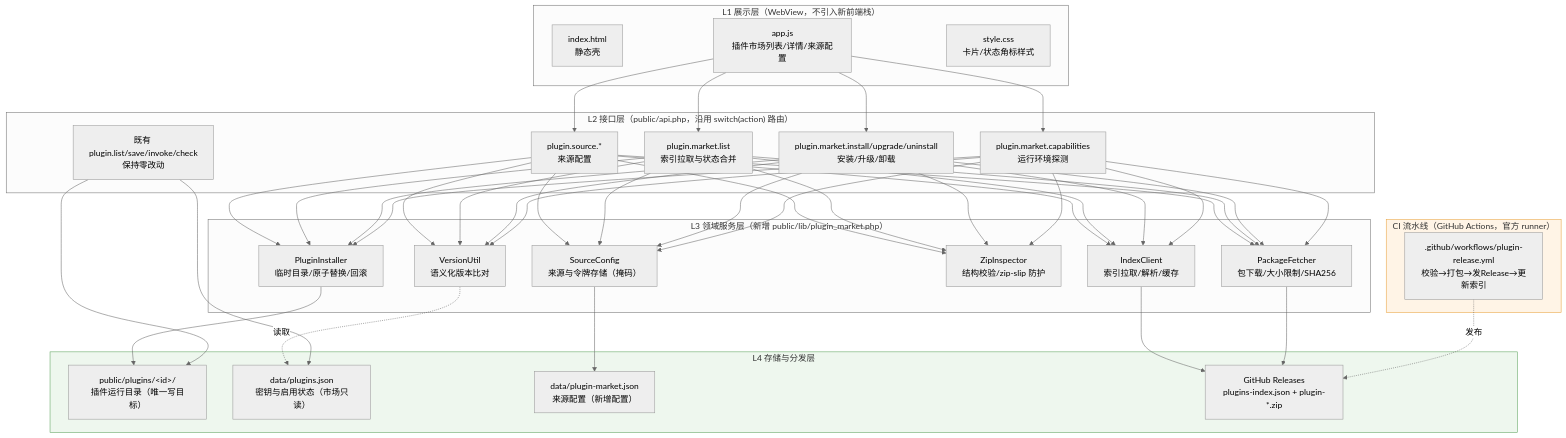
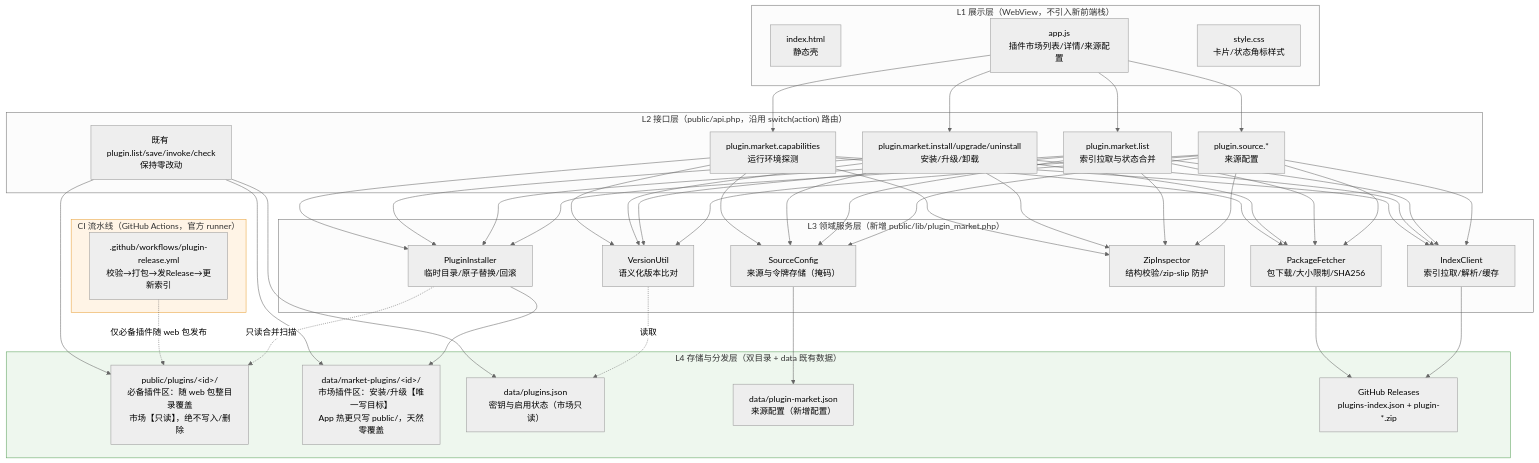
The first of 8 diagrams in docs/插件市场-架构设计.md (c1as/baogong-system), drawn with Mermaid (neutral theme) before and after one commit. The commit also changed other lines of this file, not shown here.

Commit message:
docs/v1.1: 双目录策略（必备 public/plugins + 市场 data/market-plugins），U1 定案

````diff
--- a/docs/插件市场-架构设计.md
+++ b/docs/插件市场-架构设计.md
@@ -30,48 +33,50 @@
 ```mermaid
 graph TB
     subgraph L1["L1 展示层（WebView，不引入新前端栈）"]
         UI1["index.html<br/>静态壳"]
         UI2["app.js<br/>插件市场列表/详情/来源配置"]
         UI3["style.css<br/>卡片/状态角标样式"]
     end
 
     subgraph L2["L2 接口层（public/api.php，沿用 switch(action) 路由）"]
         A1["plugin.source.*<br/>来源配置"]
         A2["plugin.market.list<br/>索引拉取与状态合并"]
         A3["plugin.market.install/upgrade/uninstall<br/>安装/升级/卸载"]
         A4["plugin.market.capabilities<br/>运行环境探测"]
         A5["既有 plugin.list/save/invoke/check<br/>保持零改动"]
     end
 
     subgraph L3["L3 领域服务层（新增 public/lib/plugin_market.php）"]
         S1["IndexClient<br/>索引拉取/解析/缓存"]
         S2["VersionUtil<br/>语义化版本比对"]
         S3["PackageFetcher<br/>包下载/大小限制/SHA256"]
         S4["ZipInspector<br/>结构校验/zip-slip 防护"]
         S5["PluginInstaller<br/>临时目录/原子替换/回滚"]
         S6["SourceConfig<br/>来源与令牌存储（掩码）"]
     end
 
-    subgraph L4["L4 存储与分发层"]
-        P1["public/plugins/&lt;id&gt;/<br/>插件运行目录（唯一写目标）"]
+    subgraph L4["L4 存储与分发层（双目录 + data 既有数据）"]
+        P1["public/plugins/&lt;id&gt;/<br/>必备插件区：随 web 包整目录覆盖<br/>市场【只读】，绝不写入/删除"]
+        P5["data/market-plugins/&lt;id&gt;/<br/>市场插件区：安装/升级【唯一写目标】<br/>App 热更只写 public/，天然零覆盖"]
         P2["data/plugins.json<br/>密钥与启用状态（市场只读）"]
         P3["data/plugin-market.json<br/>来源配置（新增配置）"]
         P4["GitHub Releases<br/>plugins-index.json + plugin-*.zip"]
     end
 
     subgraph CI["CI 流水线（GitHub Actions，官方 runner）"]
         C1[".github/workflows/plugin-release.yml<br/>校验→打包→发Release→更新索引"]
     end
 
     UI2 --> A1 & A2 & A3 & A4
     A1 & A2 & A3 & A4 --> S1 & S2 & S3 & S4 & S5 & S6
-    S5 --> P1
+    S5 --> P5
+    S5 -.只读合并扫描.-> P1
     S6 --> P3
     S2 -.读取.-> P2
     S1 & S3 --> P4
-    C1 -.发布.-> P4
-    A5 --> P1 & P2
+    C1 -.仅必备插件随 web 包发布.-> P1
+    A5 --> P1 & P2 & P5
 
     style CI fill:#fff4e6,stroke:#e8a33d
     style L4 fill:#eef7ee,stroke:#5aa05a
 ```
````
